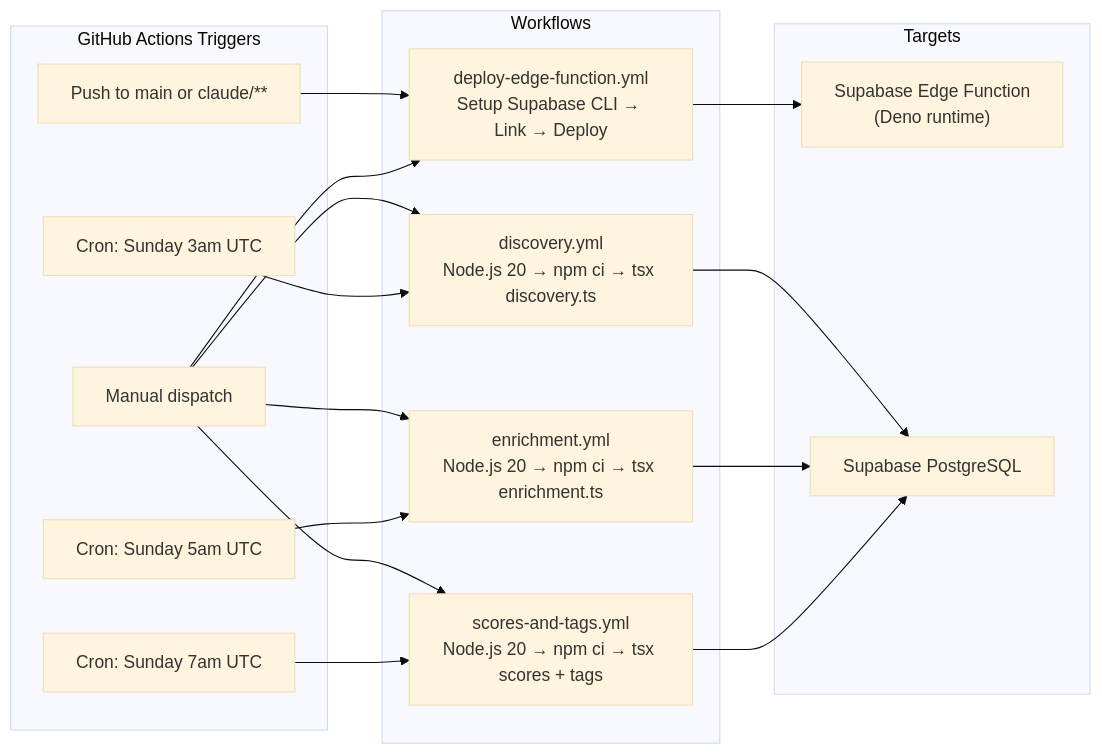
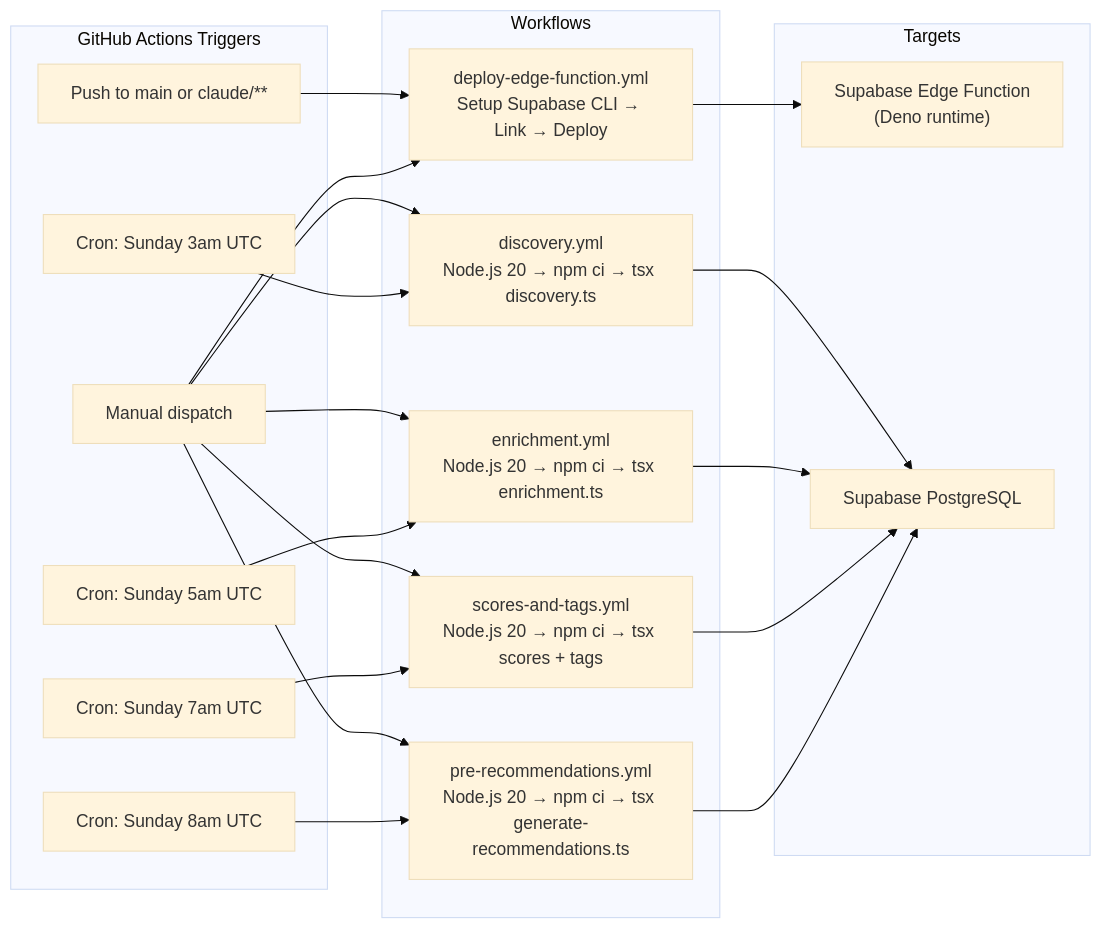
One commit to aacrit/dondeBackend changed the tenth of 10 diagrams in docs/system-architecture.md. Above: the diagram before and after it, drawn with Mermaid (base theme). The commit also changed other lines of this file, not shown here.

First line of the commit message:
Update system architecture to reflect current optimized design

````diff
--- a/docs/system-architecture.md
+++ b/docs/system-architecture.md
@@ -334,36 +445,41 @@
 ```mermaid
 flowchart LR
     subgraph "GitHub Actions Triggers"
         PUSH["Push to main or claude/**"]
         CRON_D["Cron: Sunday 3am UTC"]
         CRON_E["Cron: Sunday 5am UTC"]
         CRON_ST["Cron: Sunday 7am UTC"]
+        CRON_R["Cron: Sunday 8am UTC"]
         MANUAL["Manual dispatch"]
     end
 
     subgraph "Workflows"
         DEPLOY["deploy-edge-function.yml<br/>Setup Supabase CLI → Link → Deploy"]
         WF_D["discovery.yml<br/>Node.js 20 → npm ci → tsx discovery.ts"]
         WF_E["enrichment.yml<br/>Node.js 20 → npm ci → tsx enrichment.ts"]
         WF_ST["scores-and-tags.yml<br/>Node.js 20 → npm ci → tsx scores + tags"]
+        WF_R["pre-recommendations.yml<br/>Node.js 20 → npm ci → tsx generate-recommendations.ts"]
     end
 
     subgraph "Targets"
         SUPA_EF["Supabase Edge Function<br/>(Deno runtime)"]
         SUPA_DB["Supabase PostgreSQL"]
     end
 
     PUSH --> DEPLOY
     MANUAL --> DEPLOY
     MANUAL --> WF_D
     MANUAL --> WF_E
     MANUAL --> WF_ST
+    MANUAL --> WF_R
     CRON_D --> WF_D
     CRON_E --> WF_E
     CRON_ST --> WF_ST
+    CRON_R --> WF_R
 
     DEPLOY --> SUPA_EF
     WF_D --> SUPA_DB
     WF_E --> SUPA_DB
     WF_ST --> SUPA_DB
+    WF_R --> SUPA_DB
 ```
````
